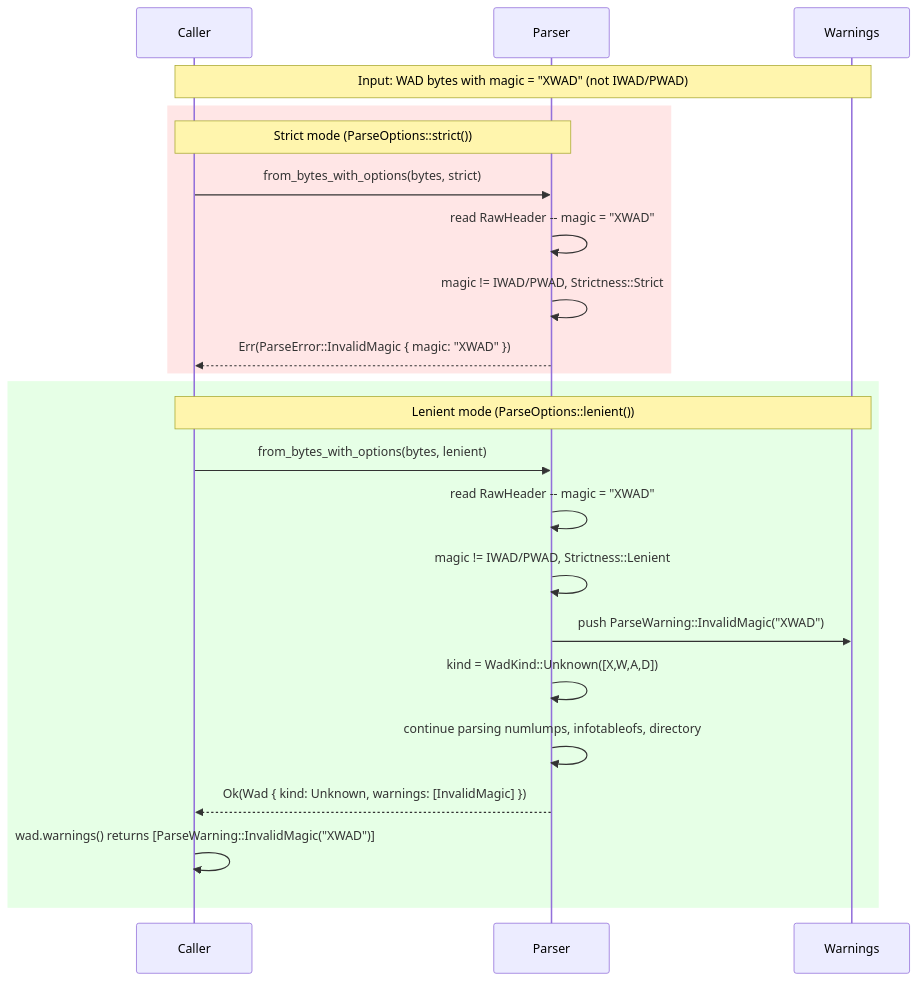
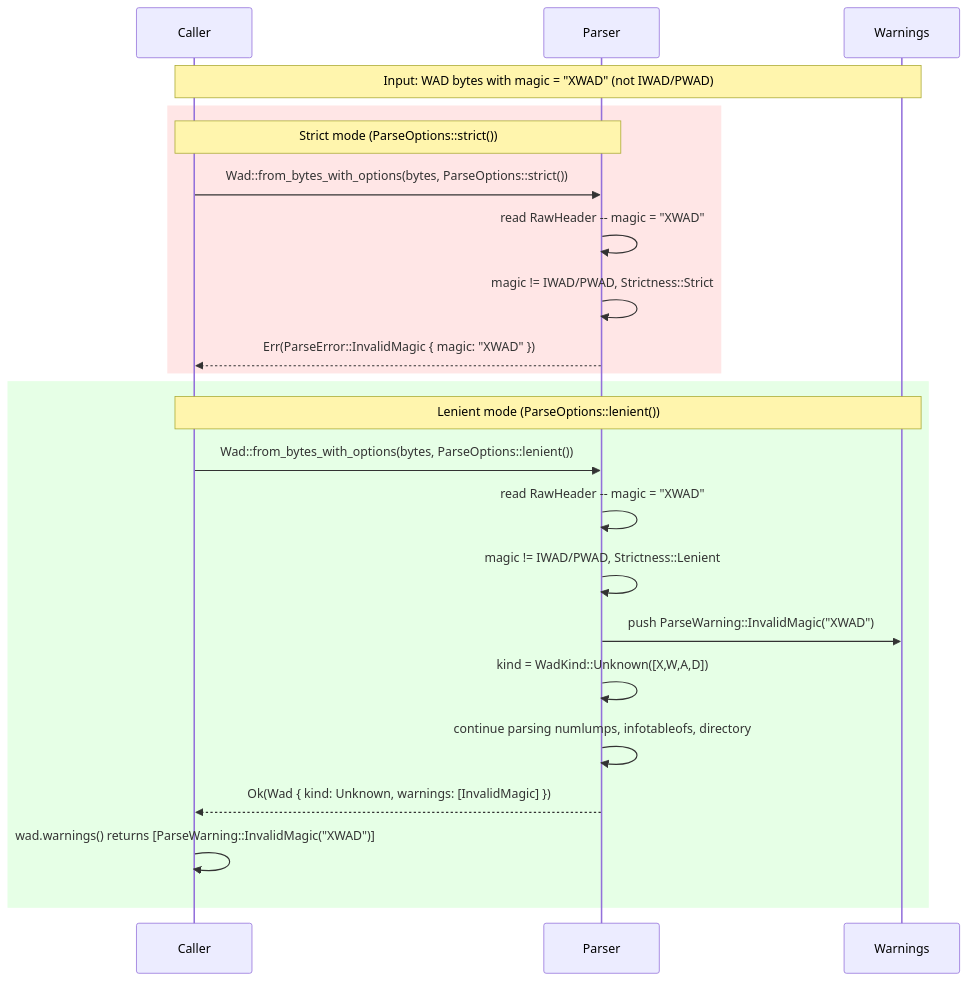
The third of 4 diagrams in docs/design.md (masriamir/crustywad), drawn with Mermaid before and after one commit. The commit also changed other lines of this file, not shown here.

````diff
--- a/docs/design.md
+++ b/docs/design.md
@@ -122,28 +122,28 @@
 ```mermaid
 sequenceDiagram
     participant Caller
     participant Parser
     participant Warnings
 
     Note over Caller,Warnings: Input: WAD bytes with magic = "XWAD" (not IWAD/PWAD)
 
     rect rgb(255, 230, 230)
         Note over Caller,Parser: Strict mode (ParseOptions::strict())
-        Caller->>Parser: from_bytes_with_options(bytes, strict)
+        Caller->>Parser: Wad::from_bytes_with_options(bytes, ParseOptions::strict())
         Parser->>Parser: read RawHeader -- magic = "XWAD"
         Parser->>Parser: magic != IWAD/PWAD, Strictness::Strict
         Parser-->>Caller: Err(ParseError::InvalidMagic { magic: "XWAD" })
     end
 
     rect rgb(230, 255, 230)
         Note over Caller,Warnings: Lenient mode (ParseOptions::lenient())
-        Caller->>Parser: from_bytes_with_options(bytes, lenient)
+        Caller->>Parser: Wad::from_bytes_with_options(bytes, ParseOptions::lenient())
         Parser->>Parser: read RawHeader -- magic = "XWAD"
         Parser->>Parser: magic != IWAD/PWAD, Strictness::Lenient
         Parser->>Warnings: push ParseWarning::InvalidMagic("XWAD")
         Parser->>Parser: kind = WadKind::Unknown([X,W,A,D])
         Parser->>Parser: continue parsing numlumps, infotableofs, directory
         Parser-->>Caller: Ok(Wad { kind: Unknown, warnings: [InvalidMagic] })
         Caller->>Caller: wad.warnings() returns [ParseWarning::InvalidMagic("XWAD")]
     end
 ```
````
